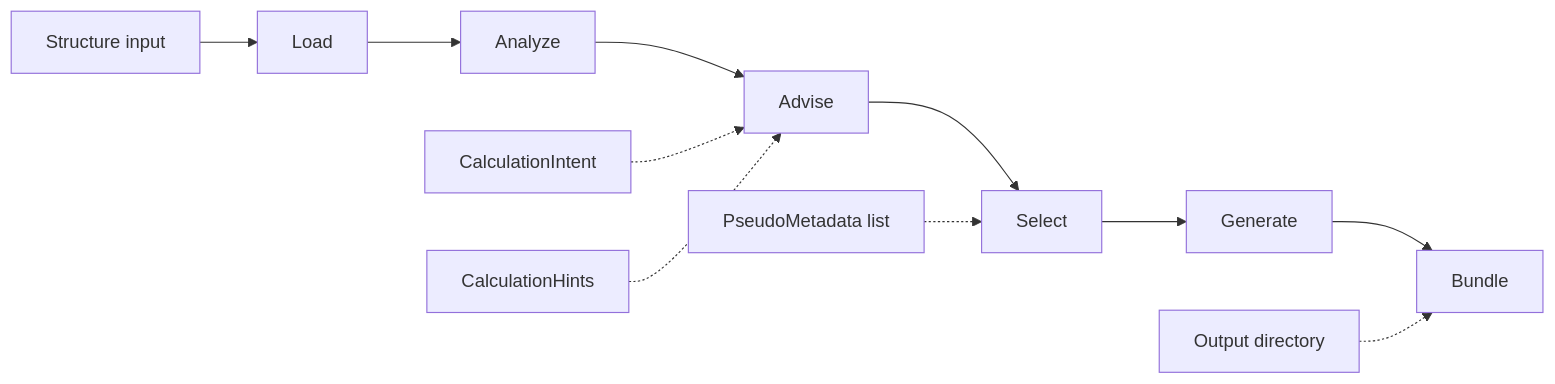
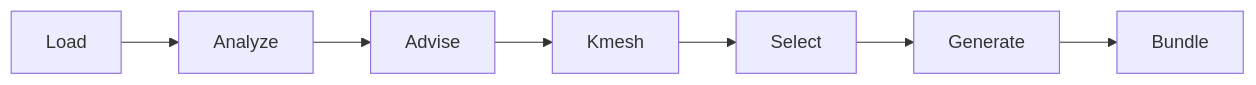
The diagram in README.md (stfc/goldilocks-core), drawn with Mermaid before and after one commit. The commit also changed other lines of this file and 31 other files, not shown here.

````diff
--- a/README.md
+++ b/README.md
@@ -33,14 +33,9 @@
 ```mermaid
 flowchart LR
-    structure["Structure input"] --> load["Load"]
-    load --> analyze["Analyze"]
+    load["Load"] --> analyze["Analyze"]
     analyze --> advise["Advise"]
-    advise --> select["Select"]
+    advise --> kmesh["Kmesh"]
+    kmesh --> select["Select"]
     select --> generate["Generate"]
     generate --> bundle["Bundle"]
-
-    intent["CalculationIntent"] -.-> advise
-    hints["CalculationHints"] -.-> advise
-    metadata["PseudoMetadata list"] -.-> select
-    output["Output directory"] -.-> bundle
 ```
````
